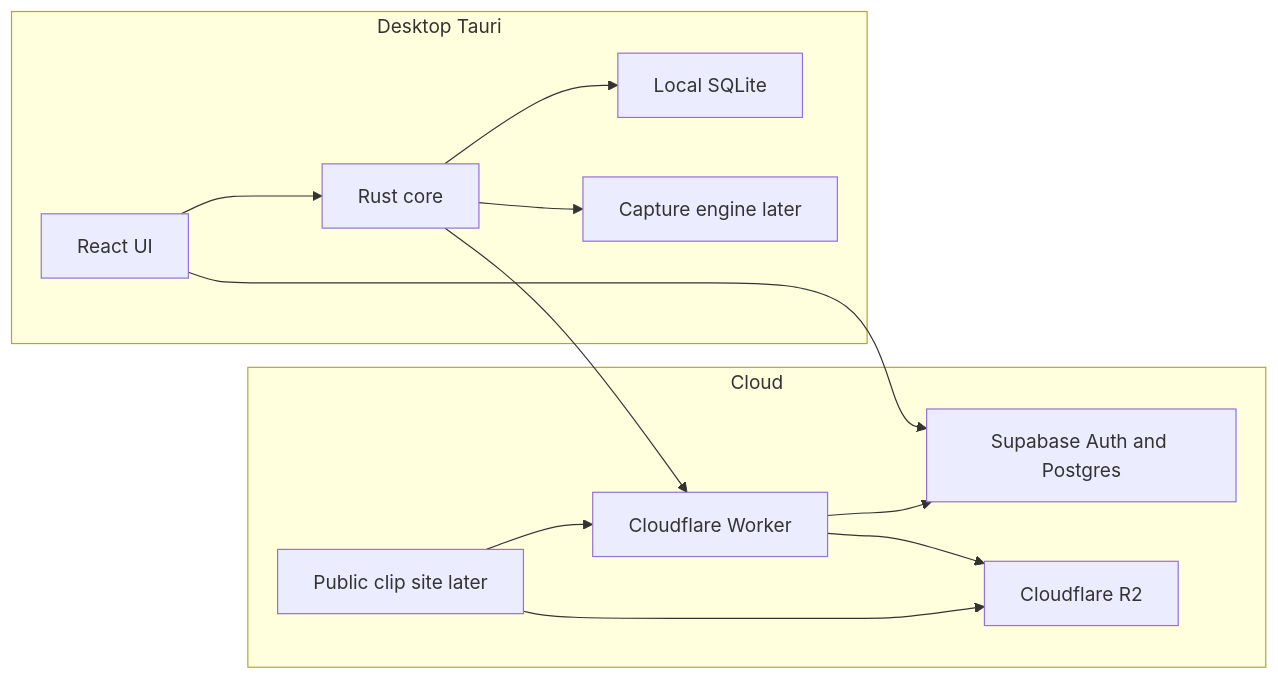
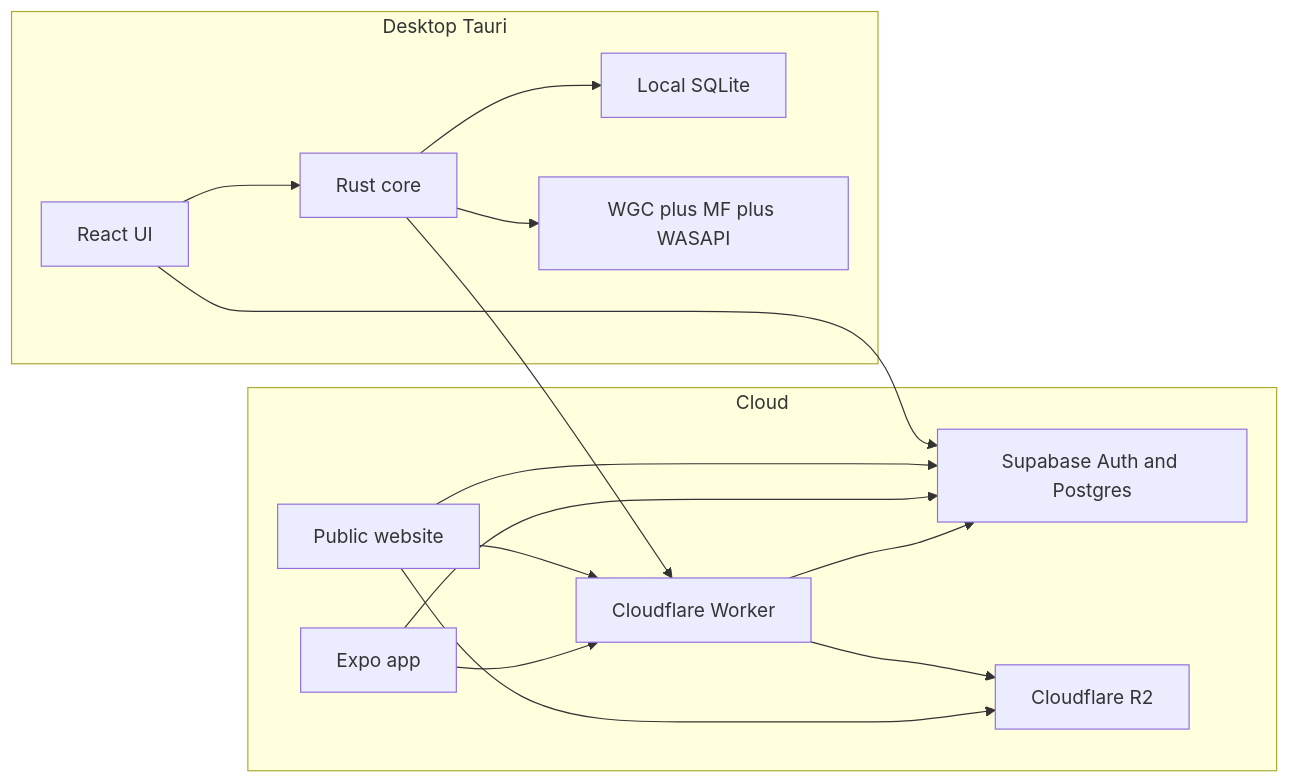
One commit to elite6108/replayr changed the first of 3 diagrams in docs/ARCHITECTURE.md. Above: the diagram before and after it, drawn with Mermaid. The commit also changed other lines of this file and 16 other files, not shown here.

Commit message:
Make Record studio components clip-aware and document the current capture and social setup.

````diff
--- a/docs/ARCHITECTURE.md
+++ b/docs/ARCHITECTURE.md
@@ -29,24 +82,28 @@
 ```mermaid
 flowchart LR
   subgraph desktop [Desktop Tauri]
     UI[React UI]
     Core[Rust core]
     SQLite[Local SQLite]
-    Capture[Capture engine later]
+    Capture[WGC plus MF plus WASAPI]
   end
   subgraph cloud [Cloud]
     Auth[Supabase Auth and Postgres]
     API[Cloudflare Worker]
     R2[Cloudflare R2]
-    Web[Public clip site later]
+    Web[Public website]
+    Mobile[Expo app]
   end
   UI --> Core
   Core --> SQLite
   Core --> Capture
   UI --> Auth
   Core --> API
+  Web --> Auth
+  Web --> API
+  Mobile --> Auth
+  Mobile --> API
   API --> Auth
   API --> R2
-  Web --> API
   Web --> R2
 ```
````
